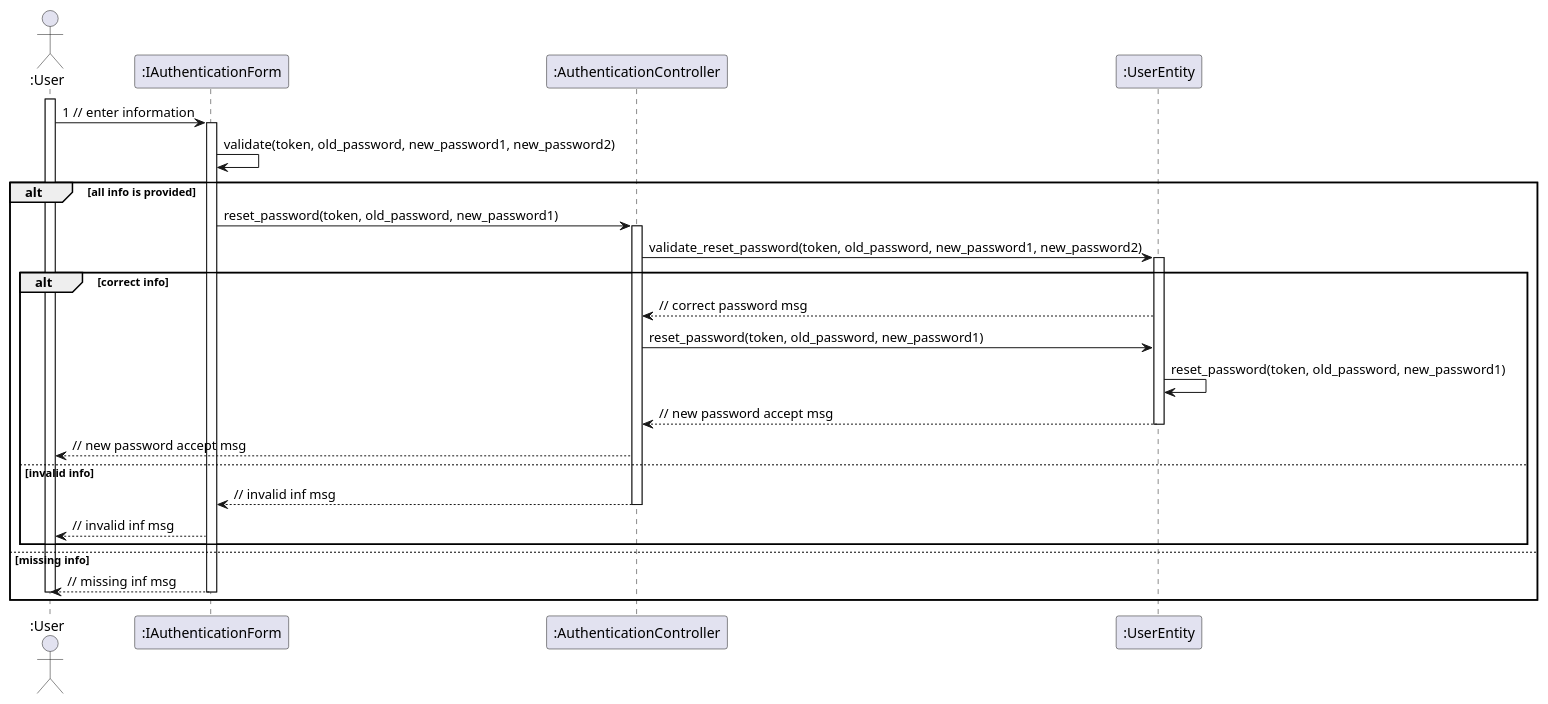
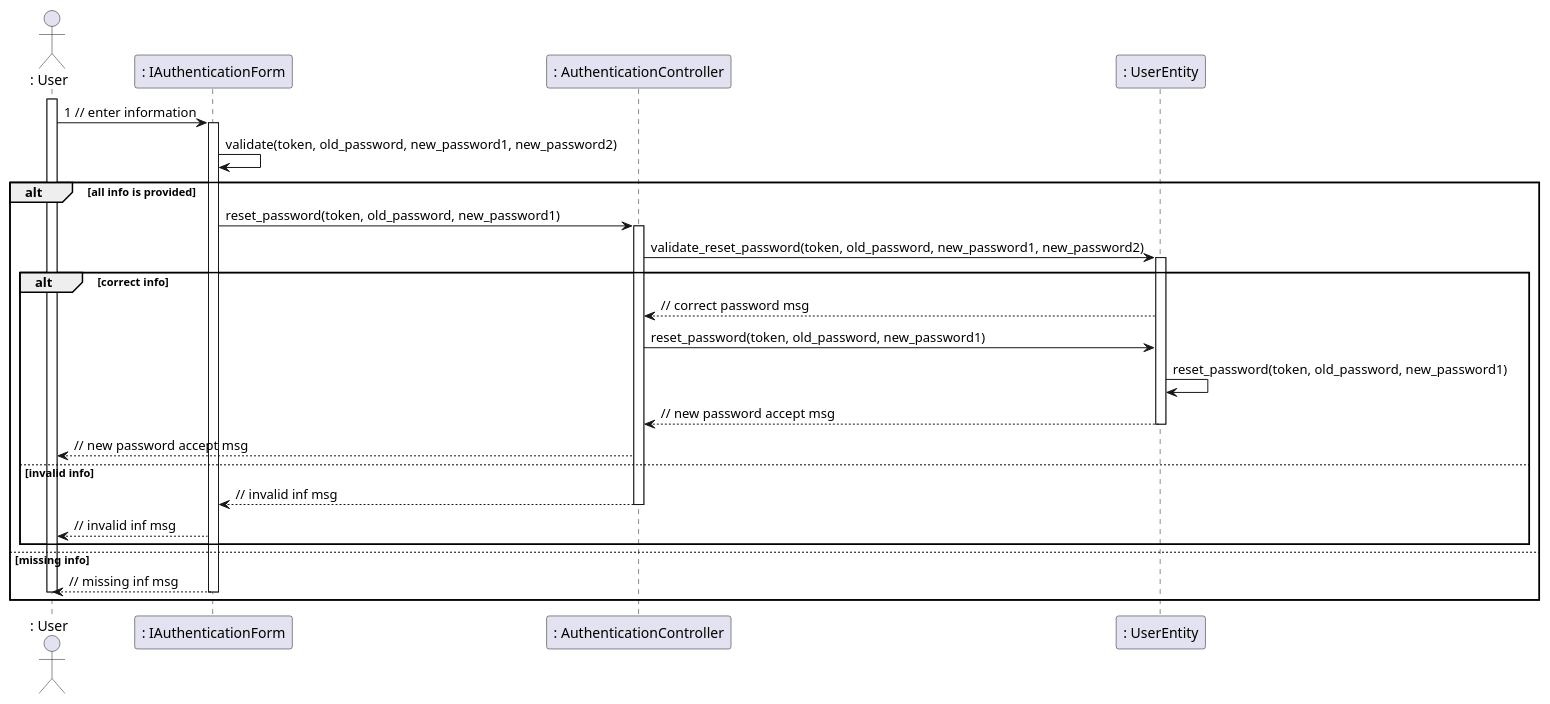
The diagram in sequence - design/authentication/resetPassword.plantuml (anonyhostvn/OOAD-Diagram), drawn with PlantUML before and after one commit. The commit also changed 33 other files, not shown here.

```diff
--- a/sequence - design/authentication/resetPassword.plantuml
+++ b/sequence - design/authentication/resetPassword.plantuml
@@ -1,40 +1,40 @@
 @startuml
-actor ":User"
+actor ": User"
 
-activate ":User"
-":User" -> ":IAuthenticationForm" : 1 // enter information
-activate ":IAuthenticationForm"
-":IAuthenticationForm" -> ":IAuthenticationForm" : validate(token, old_password, new_password1, new_password2)
+activate ": User"
+": User" -> ": IAuthenticationForm" : 1 // enter information
+activate ": IAuthenticationForm"
+": IAuthenticationForm" -> ": IAuthenticationForm" : validate(token, old_password, new_password1, new_password2)
 
 alt all info is provided
 
-":IAuthenticationForm" -> ":AuthenticationController" : reset_password(token, old_password, new_password1)
-activate ":AuthenticationController"
-":AuthenticationController" -> ":UserEntity" : validate_reset_password(token, old_password, new_password1, new_password2)
+": IAuthenticationForm" -> ": AuthenticationController" : reset_password(token, old_password, new_password1)
+activate ": AuthenticationController"
+": AuthenticationController" -> ": UserEntity" : validate_reset_password(token, old_password, new_password1, new_password2)
 
 alt correct info
-activate ":UserEntity"
-":UserEntity" --> ":AuthenticationController" : // correct password msg
-":AuthenticationController" -> ":UserEntity" : reset_password(token, old_password, new_password1)
+activate ": UserEntity"
+": UserEntity" --> ": AuthenticationController" : // correct password msg
+": AuthenticationController" -> ": UserEntity" : reset_password(token, old_password, new_password1)
 
 
-":UserEntity" -> ":UserEntity" : reset_password(token, old_password, new_password1)
-":UserEntity" --> ":AuthenticationController" : // new password accept msg
-deactivate ":UserEntity"
-":AuthenticationController" --> ":User" : // new password accept msg
+": UserEntity" -> ": UserEntity" : reset_password(token, old_password, new_password1)
+": UserEntity" --> ": AuthenticationController" : // new password accept msg
+deactivate ": UserEntity"
+": AuthenticationController" --> ": User" : // new password accept msg
 
 else invalid info
 
-":AuthenticationController" --> ":IAuthenticationForm" : // invalid inf msg
-deactivate ":AuthenticationController"
-":IAuthenticationForm" --> ":User" : // invalid inf msg
+": AuthenticationController" --> ": IAuthenticationForm" : // invalid inf msg
+deactivate ": AuthenticationController"
+": IAuthenticationForm" --> ": User" : // invalid inf msg
 
 end
 
 else missing info
 
-":IAuthenticationForm" --> ":User" : // missing inf msg
-deactivate ":IAuthenticationForm"
-deactivate ":User"
+": IAuthenticationForm" --> ": User" : // missing inf msg
+deactivate ": IAuthenticationForm"
+deactivate ": User"
 end
 @enduml
```
